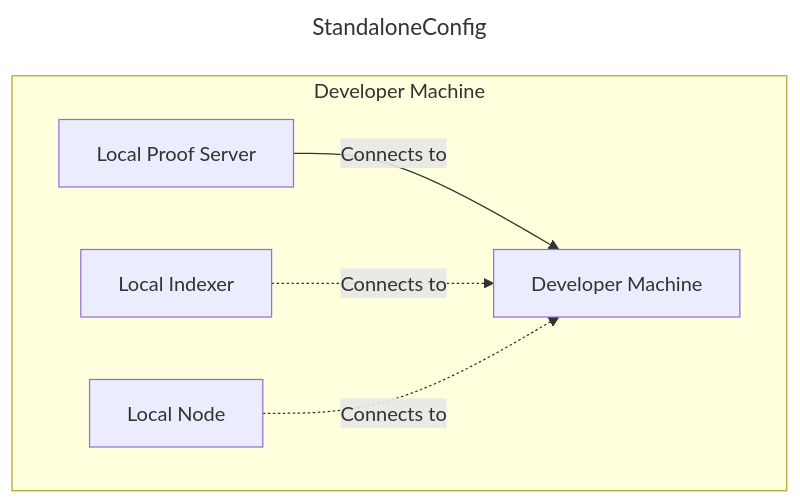
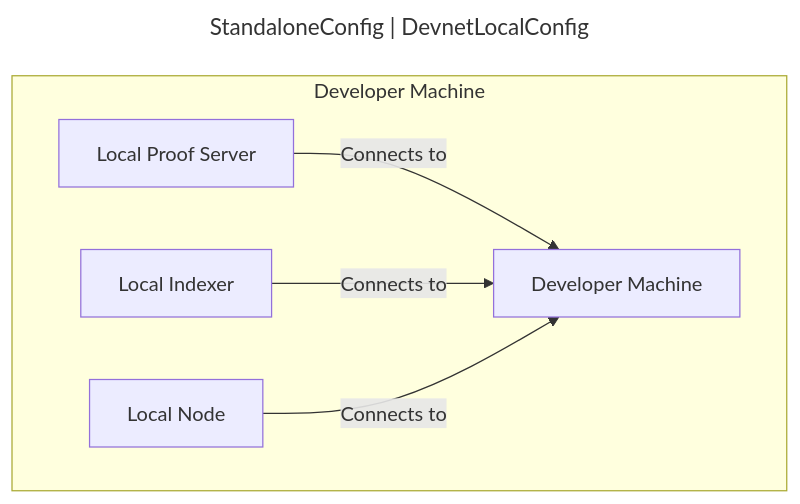
The first of 7 diagrams in README.md (solidsnakedev/learning-midnight), drawn with Mermaid before and after one commit.

````diff
--- a/README.md
+++ b/README.md
@@ -1,13 +1,13 @@
 ```mermaid
 ---
-title:  StandaloneConfig
+title:  StandaloneConfig | DevnetLocalConfig
 ---
 graph TD
 
   subgraph Developer Machine
     A[Local Proof Server] -->|Connects to| B[Developer Machine]
-    C[Local Indexer] -.->|Connects to| B
-    D[Local Node] -.->|Connects to| B
+    C[Local Indexer] -->|Connects to| B
+    D[Local Node] -->|Connects to| B
   end
 
 ```
````
